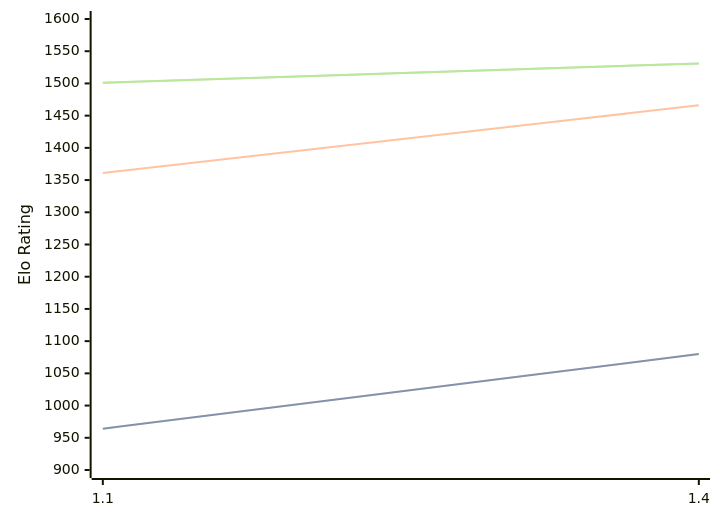
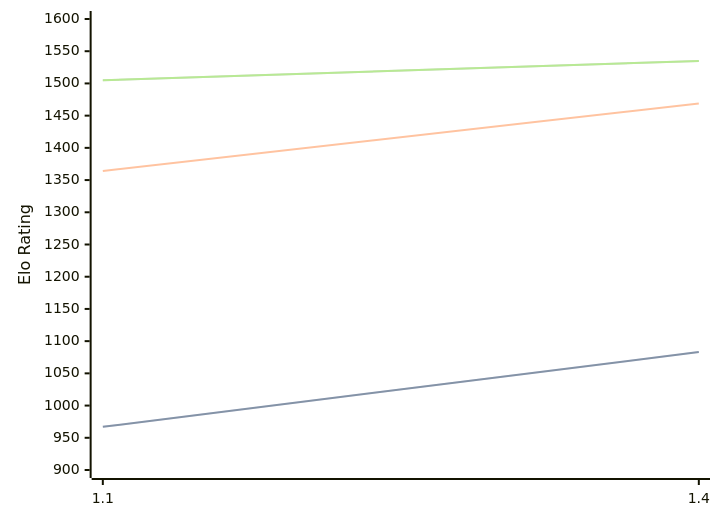
Before and after one commit to computer-chess-index/cci: the diagram in engines/USunfish.md, drawn with Mermaid. The commit also changed other lines of this file, not shown here.

Commit message:
Update CCI Ratings (ELO VLTC) - 2026-09-24

````diff
--- a/engines/USunfish.md
+++ b/engines/USunfish.md
@@ -37,11 +37,11 @@
 ```mermaid
 %%{init: {"theme":"base","themeVariables":{"seriesColors:['#a3a3a3','#222221','#faa371']}}}%%
 xychart-beta
   x-axis ["1.1", "1.4"]
   y-axis "Elo Rating" 900 --> 1600
-  line "" [964, 1080]
-  line "STC (8.0+0.08s)" [964, 1080]
-  line "LTC (60.0+0.60s)" [1361, 1466]
-  line "" [1501, 1531]
-  line "VLTC (2m24s+1.12s)" [1501, 1531]
+  line "" [967, 1083]
+  line "STC (8.0+0.08s)" [967, 1083]
+  line "LTC (60.0+0.60s)" [1364, 1469]
+  line "" [1505, 1535]
+  line "VLTC (2m24s+1.12s)" [1505, 1535]
 ```
````
